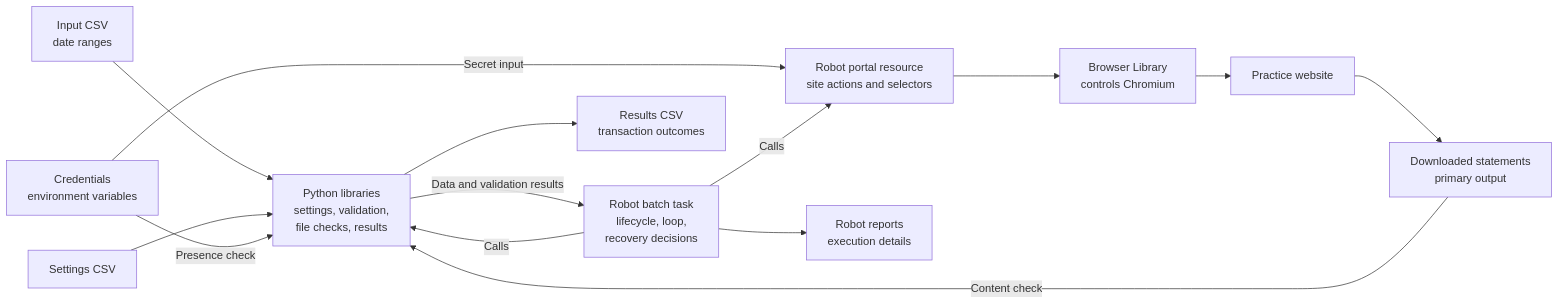
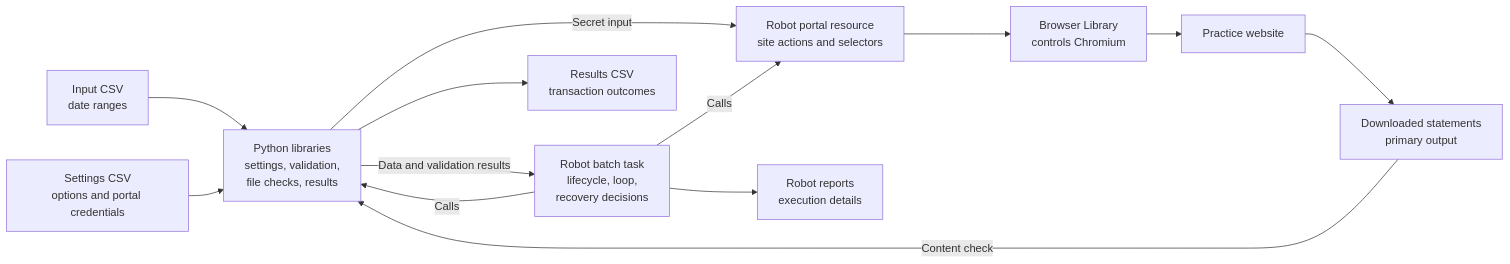
Before and after one commit to mario-narvaez/py-reframework: the second of 2 diagrams in README.md, drawn with Mermaid. The commit also changed other lines of this file and 16 other files, not shown here.

First line of the commit message:
refactor: finish layout refactor and move credentials into config.csv

````diff
--- a/README.md
+++ b/README.md
@@ -92,16 +92,15 @@
 ```mermaid
 flowchart LR
     Input["Input CSV<br/>date ranges"] --> Python["Python libraries<br/>settings, validation,<br/>file checks, results"]
-    Settings["Settings CSV"] --> Python
-    Credentials["Credentials<br/>environment variables"] -->|"Presence check"| Python
-    Credentials -->|"Secret input"| Portal
+    Settings["Settings CSV<br/>options and portal credentials"] --> Python
+    Python -->|"Secret input"| Portal
     Robot["Robot batch task<br/>lifecycle, loop,<br/>recovery decisions"] -->|"Calls"| Python
     Python -->|"Data and validation results"| Robot
     Robot -->|"Calls"| Portal["Robot portal resource<br/>site actions and selectors"]
     Portal --> Browser["Browser Library<br/>controls Chromium"]
     Browser --> Site["Practice website"]
     Site --> Statements["Downloaded statements<br/>primary output"]
     Statements -->|"Content check"| Python
     Python --> Results["Results CSV<br/>transaction outcomes"]
     Robot --> Reports["Robot reports<br/>execution details"]
 ```
````
